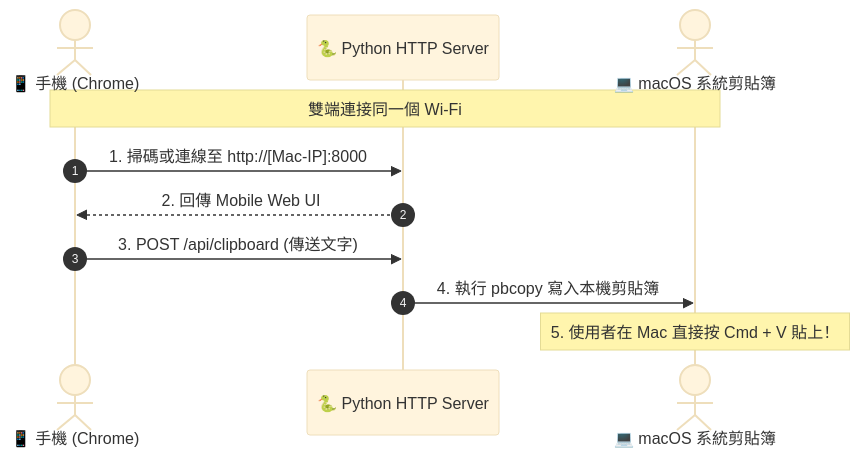
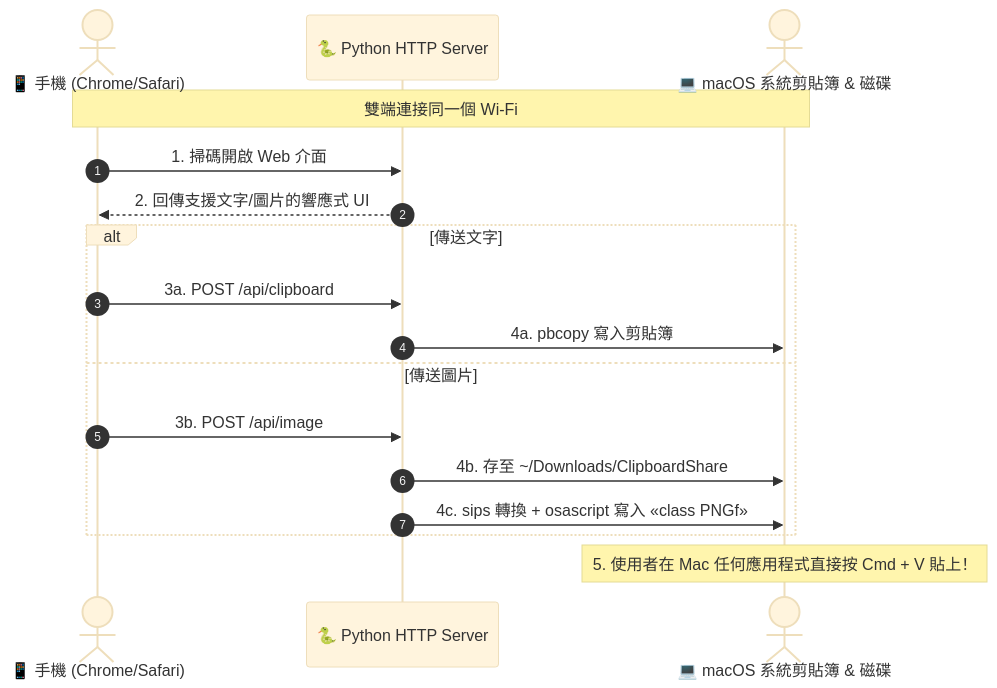
One commit to BolasLien/clipboard-share changed the diagram in README.md. Above: the diagram before and after it, drawn with Mermaid (base theme). The commit also changed other lines of this file and 1 other file, not shown here.

Commit message:
feat: add image clipboard sync and auto-save support

````diff
--- a/README.md
+++ b/README.md
@@ -97,14 +103,20 @@
 ```mermaid
 sequenceDiagram
     autonumber
-    actor Mobile as 📱 手機 (Chrome)
+    actor Mobile as 📱 手機 (Chrome/Safari)
     participant Server as 🐍 Python HTTP Server
-    actor Mac as 💻 macOS 系統剪貼簿
+    actor Mac as 💻 macOS 系統剪貼簿 & 磁碟
 
     Note over Mobile,Mac: 雙端連接同一個 Wi-Fi
-    Mobile->>Server: 1. 掃碼或連線至 http://[Mac-IP]:8000
-    Server-->>Mobile: 2. 回傳 Mobile Web UI
-    Mobile->>Server: 3. POST /api/clipboard (傳送文字)
-    Server->>Mac: 4. 執行 pbcopy 寫入本機剪貼簿
-    Note over Mac: 5. 使用者在 Mac 直接按 Cmd + V 貼上！
+    Mobile->>Server: 1. 掃碼開啟 Web 介面
+    Server-->>Mobile: 2. 回傳支援文字/圖片的響應式 UI
+    alt 傳送文字
+        Mobile->>Server: 3a. POST /api/clipboard
+        Server->>Mac: 4a. pbcopy 寫入剪貼簿
+    else 傳送圖片
+        Mobile->>Server: 3b. POST /api/image
+        Server->>Mac: 4b. 存至 ~/Downloads/ClipboardShare
+        Server->>Mac: 4c. sips 轉換 + osascript 寫入 «class PNGf»
+    end
+    Note over Mac: 5. 使用者在 Mac 任何應用程式直接按 Cmd + V 貼上！
 ```
````
